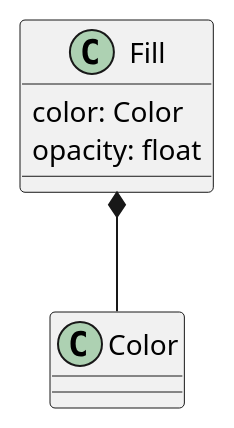
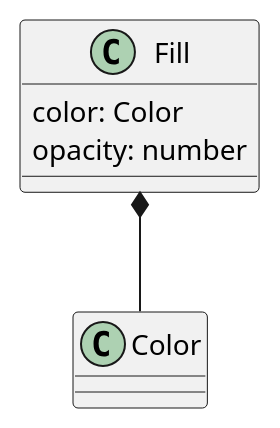
One commit to opengeospatial/cartographic-symbology changed the fourth of 10 diagrams in 1-core/sections/clause_8_vector.adoc. Above: the diagram before and after it, drawn with PlantUML. The commit also changed other lines of this file and 16 other files, not shown here.

```diff
--- a/1-core/sections/clause_8_vector.adoc
+++ b/1-core/sections/clause_8_vector.adoc
@@ -118,8 +118,8 @@
 [plantuml, target=diagram-classes, format=png]
 ....
 @startuml
 Fill : color: Color
-Fill : opacity: float
+Fill : opacity: number
 Fill *-- Color
 @enduml
 ....
```
